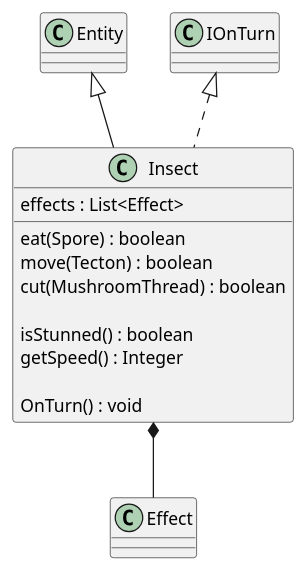
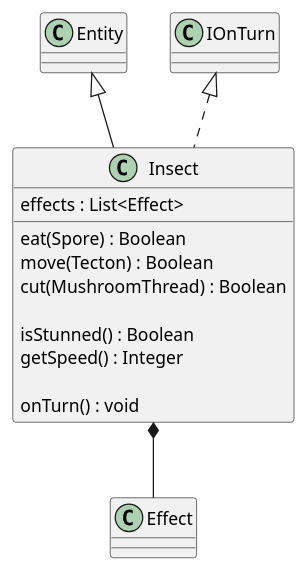
The diagram in 3/classes/insect.puml (Petya-G/fungorium), drawn with PlantUML before and after one commit. The commit also changed 6 other files, not shown here.

```diff
--- a/3/classes/insect.puml
+++ b/3/classes/insect.puml
@@ -1,18 +1,18 @@
 @startuml insect
 
 Entity <|-- Insect
 Insect *-- Effect
 
 IOnTurn <|.. Insect
 class Insect{
     effects : List<Effect>
-    eat(Spore) : boolean
-    move(Tecton) : boolean
-    cut(MushroomThread) : boolean
+    eat(Spore) : Boolean
+    move(Tecton) : Boolean
+    cut(MushroomThread) : Boolean
 
-    isStunned() : boolean
+    isStunned() : Boolean
     getSpeed() : Integer
 
-    OnTurn() : void
+    onTurn() : void
 }
 @enduml
```
